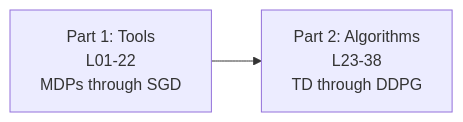
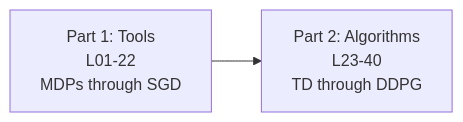
Before and after one commit to rajeshpillai/applied-maths: the diagram in lessons/tier-mfrl-rl-math/index.qmd, drawn with Mermaid. The commit also changed other lines of this file and 33 other files, not shown here.

````diff
--- a/lessons/tier-mfrl-rl-math/index.qmd
+++ b/lessons/tier-mfrl-rl-math/index.qmd
@@ -52,6 +52,6 @@
 ```{mermaid}
 flowchart LR
     A[Part 1: Tools<br/>L01-22<br/>MDPs through SGD]
-    B[Part 2: Algorithms<br/>L23-38<br/>TD through DDPG]
+    B[Part 2: Algorithms<br/>L23-40<br/>TD through DDPG]
     A --> B
 ```
````
